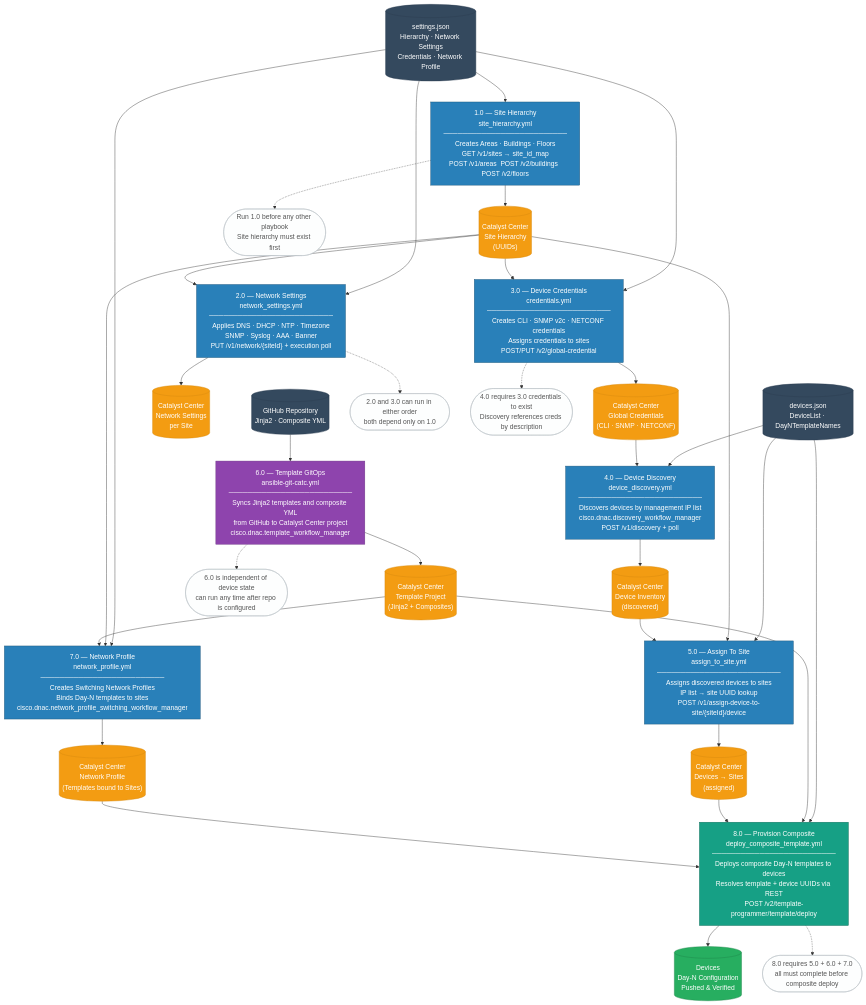
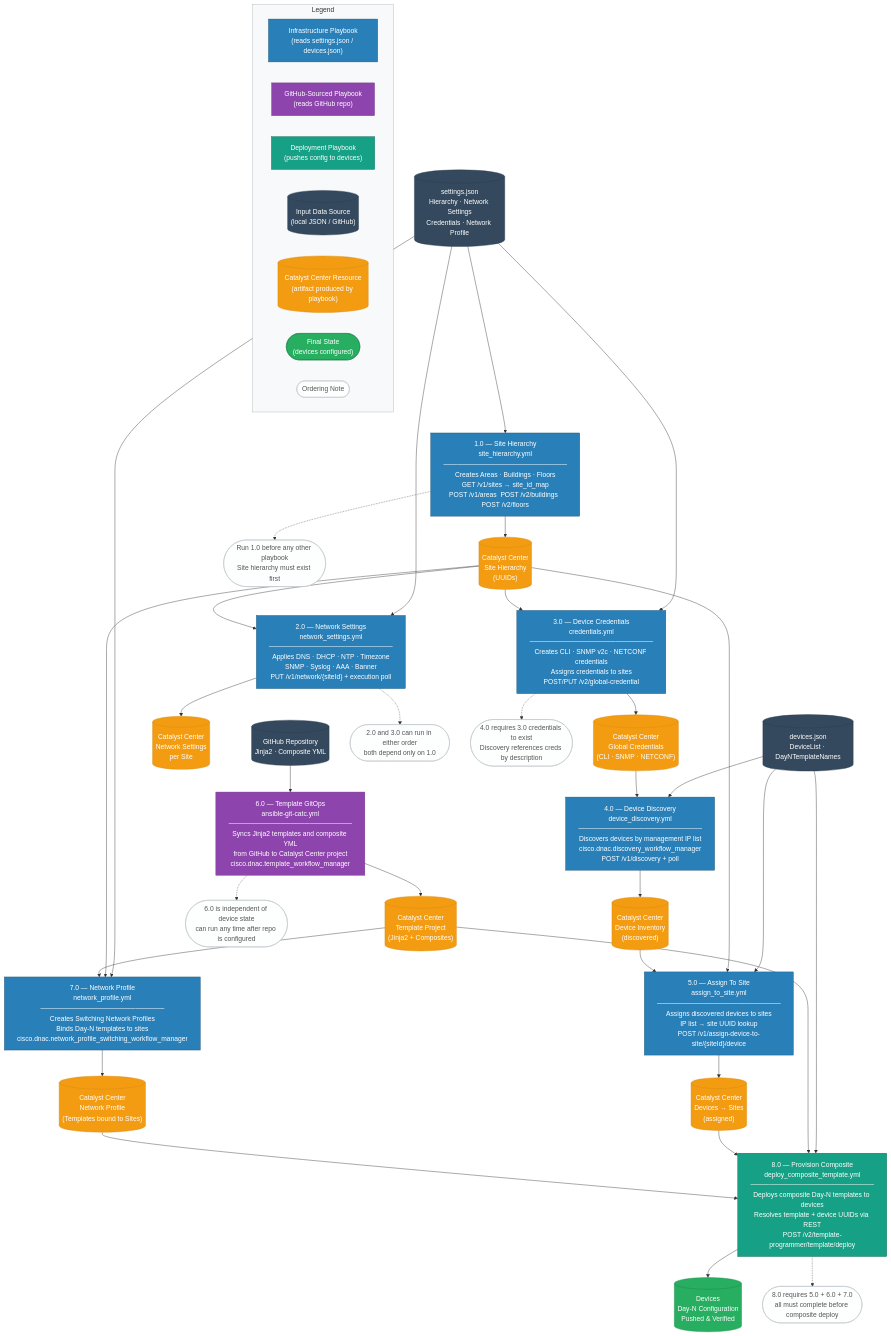
One commit to kebaldwi/TECOPS-2599 changed the diagram in Support/Resources/Ansible/DIAGRAMS/provisioning-workflow.mmd. Above: the diagram before and after it, drawn with Mermaid. The commit also changed 1 other file, not shown here.

Commit message:
docs(diagrams): add colour legend to provisioning workflow diagram
Adds a Legend subgraph to provisioning-workflow.mmd showing all six
node colours with their meanings:
  - Blue:   infrastructure playbook (settings.json / devices.json)
  - Purple: GitHub-sourced playbook (6.0 template GitOps)
  - Teal:   deployment playbook (8.0 composite deploy)
  - Dark:   input data source
  - Orange: Catalyst Center resource (artifact produced)
  - Green:  final deployed state
  - White:  ordering constraint note

Re-rendered PNG: 2352x3540 (within GitHub display limit)

```diff
--- a/Support/Resources/Ansible/DIAGRAMS/provisioning-workflow.mmd
+++ b/Support/Resources/Ansible/DIAGRAMS/provisioning-workflow.mmd
@@ -1,98 +1,119 @@
 flowchart TD
     INPUT_S[("settings.json\nHierarchy · Network Settings\nCredentials · Network Profile")]
     INPUT_D[("devices.json\nDeviceList · DayNTemplateNames")]
     GITHUB[("GitHub Repository\nJinja2 · Composite YML")]
 
     INPUT_S --> PB1
     INPUT_S --> PB2
     INPUT_S --> PB3
     INPUT_S --> PB7
     INPUT_D --> PB4
     INPUT_D --> PB5
     INPUT_D --> PB8
     GITHUB  --> PB6
 
     PB1["1.0 — Site Hierarchy\nsite_hierarchy.yml\n──────────────────────────\nCreates Areas · Buildings · Floors\nGET /v1/sites → site_id_map\nPOST /v1/areas  POST /v2/buildings  POST /v2/floors"]
 
     PB2["2.0 — Network Settings\nnetwork_settings.yml\n──────────────────────────\nApplies DNS · DHCP · NTP · Timezone\nSNMP · Syslog · AAA · Banner\nPUT /v1/network/{siteId} + execution poll"]
 
     PB3["3.0 — Device Credentials\ncredentials.yml\n──────────────────────────\nCreates CLI · SNMP v2c · NETCONF credentials\nAssigns credentials to sites\nPOST/PUT /v2/global-credential"]
 
     PB4["4.0 — Device Discovery\ndevice_discovery.yml\n──────────────────────────\nDiscovers devices by management IP list\ncisco.dnac.discovery_workflow_manager\nPOST /v1/discovery + poll"]
 
     PB5["5.0 — Assign To Site\nassign_to_site.yml\n──────────────────────────\nAssigns discovered devices to sites\nIP list → site UUID lookup\nPOST /v1/assign-device-to-site/{siteId}/device"]
 
     PB6["6.0 — Template GitOps\nansible-git-catc.yml\n──────────────────────────\nSyncs Jinja2 templates and composite YML\nfrom GitHub to Catalyst Center project\ncisco.dnac.template_workflow_manager"]
 
     PB7["7.0 — Network Profile\nnetwork_profile.yml\n──────────────────────────\nCreates Switching Network Profiles\nBinds Day-N templates to sites\ncisco.dnac.network_profile_switching_workflow_manager"]
 
     PB8["8.0 — Provision Composite\ndeploy_composite_template.yml\n──────────────────────────\nDeploys composite Day-N templates to devices\nResolves template + device UUIDs via REST\nPOST /v2/template-programmer/template/deploy"]
 
     SITES[("Catalyst Center\nSite Hierarchy\n(UUIDs)")]
     SETTINGS_OUT[("Catalyst Center\nNetwork Settings\nper Site")]
     CREDS_OUT[("Catalyst Center\nGlobal Credentials\n(CLI · SNMP · NETCONF)")]
     DEVICES_INV[("Catalyst Center\nDevice Inventory\n(discovered)")]
     DEVICES_ASSIGNED[("Catalyst Center\nDevices → Sites\n(assigned)")]
     TEMPLATES_OUT[("Catalyst Center\nTemplate Project\n(Jinja2 + Composites)")]
     PROFILES_OUT[("Catalyst Center\nNetwork Profile\n(Templates bound to Sites)")]
     DEPLOYED[("Devices\nDay-N Configuration\nPushed & Verified")]
 
     PB1 --> SITES
     PB2 --> SETTINGS_OUT
     PB3 --> CREDS_OUT
     PB4 --> DEVICES_INV
     PB5 --> DEVICES_ASSIGNED
     PB6 --> TEMPLATES_OUT
     PB7 --> PROFILES_OUT
     PB8 --> DEPLOYED
 
     SITES        --> PB2
     SITES        --> PB3
     SITES        --> PB5
     SITES        --> PB7
     CREDS_OUT    --> PB4
     DEVICES_INV  --> PB5
     TEMPLATES_OUT --> PB7
     TEMPLATES_OUT --> PB8
     DEVICES_ASSIGNED --> PB8
     PROFILES_OUT --> PB8
 
     note1(["Run 1.0 before any other playbook\nSite hierarchy must exist first"])
     note2(["2.0 and 3.0 can run in either order\nboth depend only on 1.0"])
     note3(["4.0 requires 3.0 credentials to exist\nDiscovery references creds by description"])
     note4(["6.0 is independent of device state\ncan run any time after repo is configured"])
     note5(["8.0 requires 5.0 + 6.0 + 7.0\nall must complete before composite deploy"])
 
     PB1 -.-> note1
     PB2 -.-> note2
     PB3 -.-> note3
     PB6 -.-> note4
     PB8 -.-> note5
 
     style PB1 fill:#2980b9,color:#fff,stroke:#1a5276
     style PB2 fill:#2980b9,color:#fff,stroke:#1a5276
     style PB3 fill:#2980b9,color:#fff,stroke:#1a5276
     style PB4 fill:#2980b9,color:#fff,stroke:#1a5276
     style PB5 fill:#2980b9,color:#fff,stroke:#1a5276
     style PB6 fill:#8e44ad,color:#fff,stroke:#6c3483
     style PB7 fill:#2980b9,color:#fff,stroke:#1a5276
     style PB8 fill:#16a085,color:#fff,stroke:#0e6655
 
     style SITES           fill:#f39c12,color:#fff,stroke:#d68910
     style SETTINGS_OUT    fill:#f39c12,color:#fff,stroke:#d68910
     style CREDS_OUT       fill:#f39c12,color:#fff,stroke:#d68910
     style DEVICES_INV     fill:#f39c12,color:#fff,stroke:#d68910
     style DEVICES_ASSIGNED fill:#f39c12,color:#fff,stroke:#d68910
     style TEMPLATES_OUT   fill:#f39c12,color:#fff,stroke:#d68910
     style PROFILES_OUT    fill:#f39c12,color:#fff,stroke:#d68910
     style DEPLOYED        fill:#27ae60,color:#fff,stroke:#1e8449
 
     style INPUT_S  fill:#34495e,color:#fff,stroke:#2c3e50
     style INPUT_D  fill:#34495e,color:#fff,stroke:#2c3e50
     style GITHUB   fill:#34495e,color:#fff,stroke:#2c3e50
 
     style note1 fill:#fdfefe,color:#555,stroke:#bdc3c7
     style note2 fill:#fdfefe,color:#555,stroke:#bdc3c7
     style note3 fill:#fdfefe,color:#555,stroke:#bdc3c7
     style note4 fill:#fdfefe,color:#555,stroke:#bdc3c7
     style note5 fill:#fdfefe,color:#555,stroke:#bdc3c7
+
+    subgraph LEGEND["Legend"]
+        direction LR
+        L1["Infrastructure Playbook\n(reads settings.json / devices.json)"]
+        L2["GitHub-Sourced Playbook\n(reads GitHub repo)"]
+        L3["Deployment Playbook\n(pushes config to devices)"]
+        L4[("Input Data Source\n(local JSON / GitHub)")]
+        L5[("Catalyst Center Resource\n(artifact produced by playbook)")]
+        L6([" Final State\n(devices configured)"])
+        L7(["Ordering Note"])
+    end
+
+    style LEGEND fill:#f8f9fa,stroke:#aab7b8,color:#333
+
+    style L1 fill:#2980b9,color:#fff,stroke:#1a5276
+    style L2 fill:#8e44ad,color:#fff,stroke:#6c3483
+    style L3 fill:#16a085,color:#fff,stroke:#0e6655
+    style L4 fill:#34495e,color:#fff,stroke:#2c3e50
+    style L5 fill:#f39c12,color:#fff,stroke:#d68910
+    style L6 fill:#27ae60,color:#fff,stroke:#1e8449
+    style L7 fill:#fdfefe,color:#555,stroke:#bdc3c7
```
